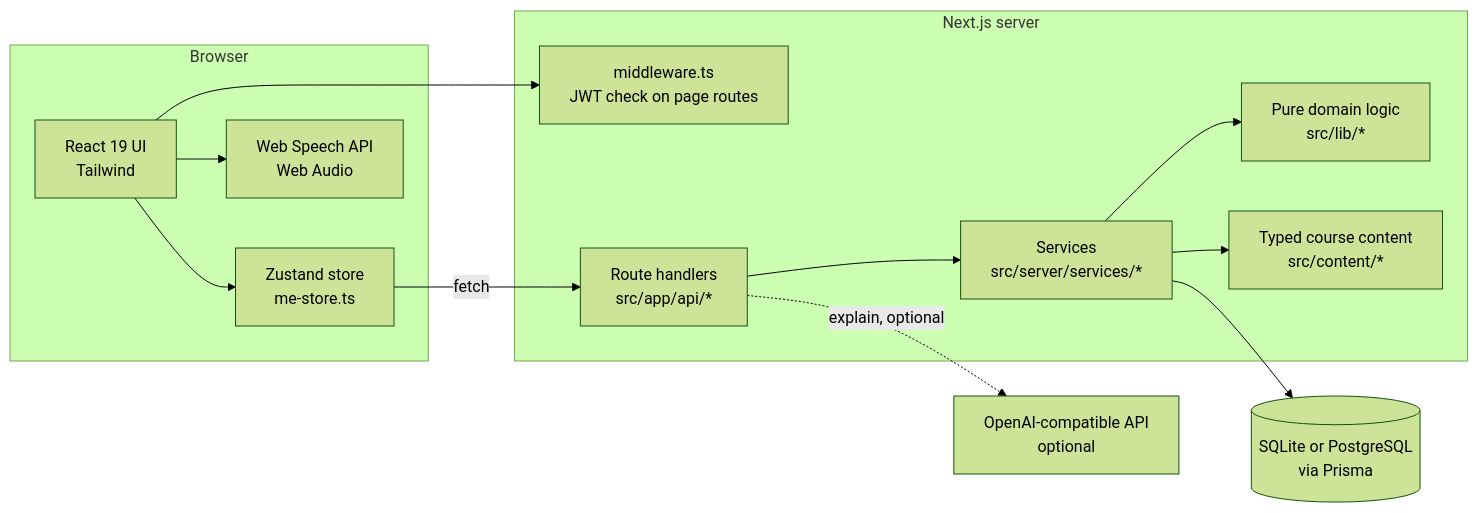
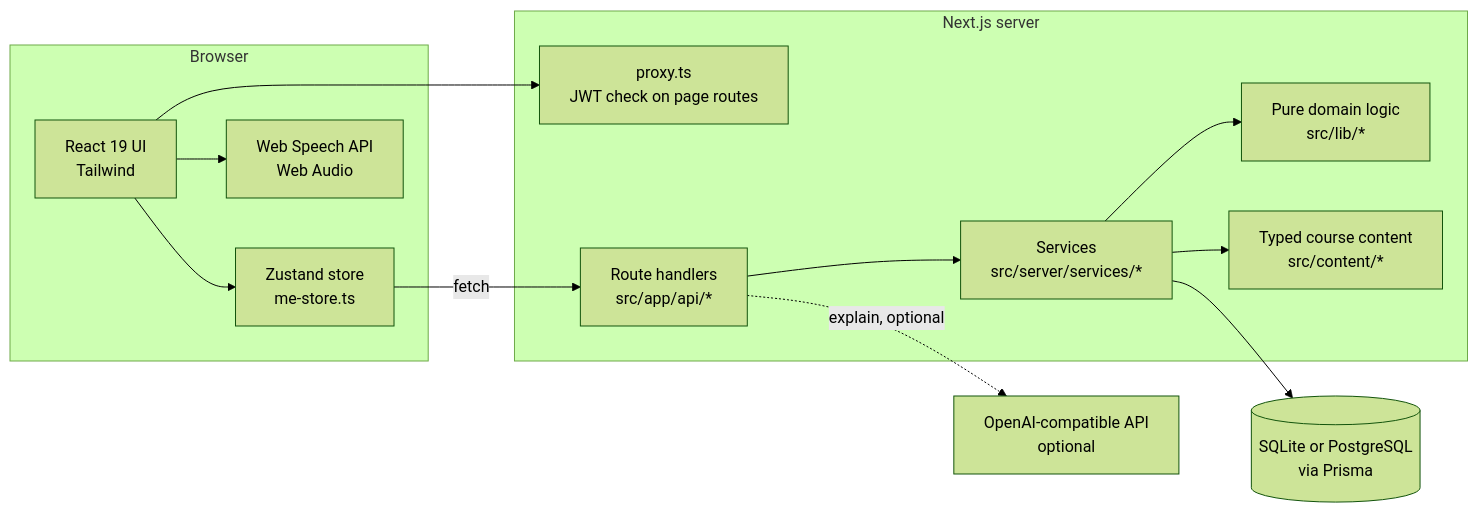
The first of 2 diagrams in docs/architecture.md (Venius24/duoduo), drawn with Mermaid (forest theme) before and after one commit. The commit also changed 7 other files, not shown here.

````diff
--- a/docs/architecture.md
+++ b/docs/architecture.md
@@ -6,26 +6,26 @@
 ```mermaid
 flowchart LR
     subgraph Browser
         UI[React 19 UI<br/>Tailwind] --> Store[Zustand store<br/>me-store.ts]
         UI --> Web[Web Speech API<br/>Web Audio]
     end
 
     subgraph Next["Next.js server"]
-        MW[middleware.ts<br/>JWT check on page routes]
+        MW[proxy.ts<br/>JWT check on page routes]
         API[Route handlers<br/>src/app/api/*]
         SVC[Services<br/>src/server/services/*]
         LIB[Pure domain logic<br/>src/lib/*]
         CONTENT[Typed course content<br/>src/content/*]
     end
 
     DB[(SQLite or PostgreSQL<br/>via Prisma)]
     AI[OpenAI-compatible API<br/>optional]
 
     Store -->|fetch| API
     UI --> MW
     API --> SVC
     SVC --> LIB
     SVC --> CONTENT
     SVC --> DB
     API -.->|explain, optional| AI
 ```
````
